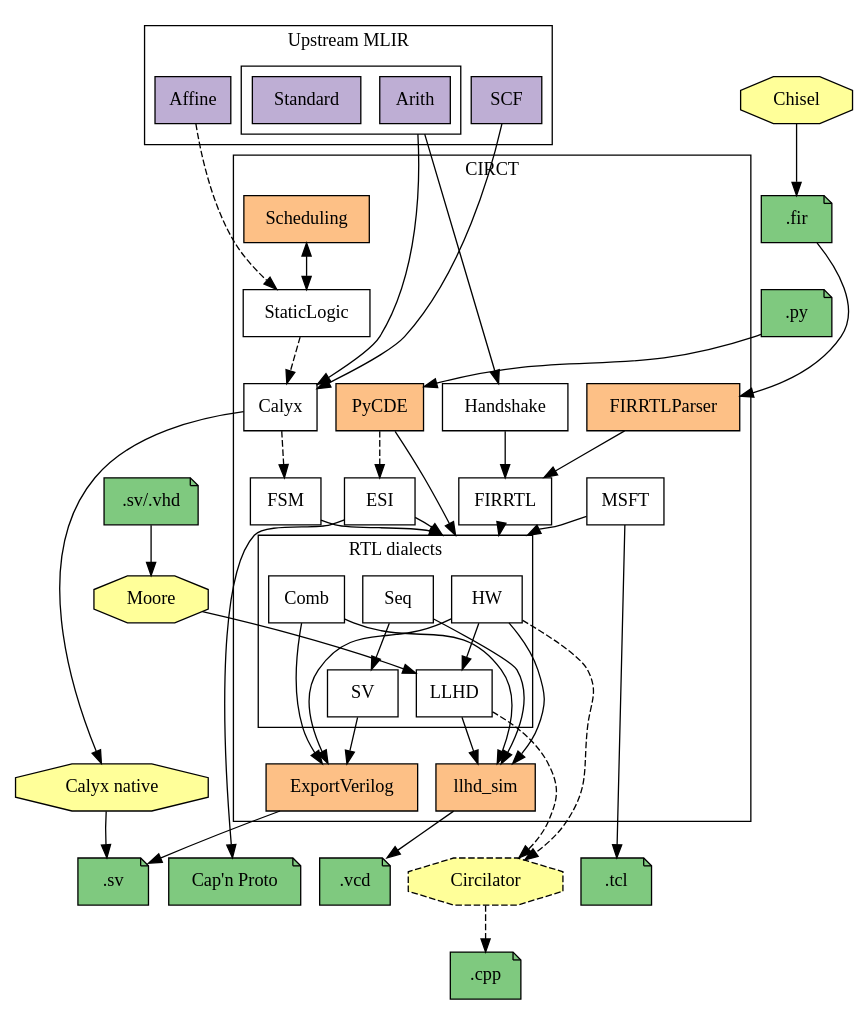
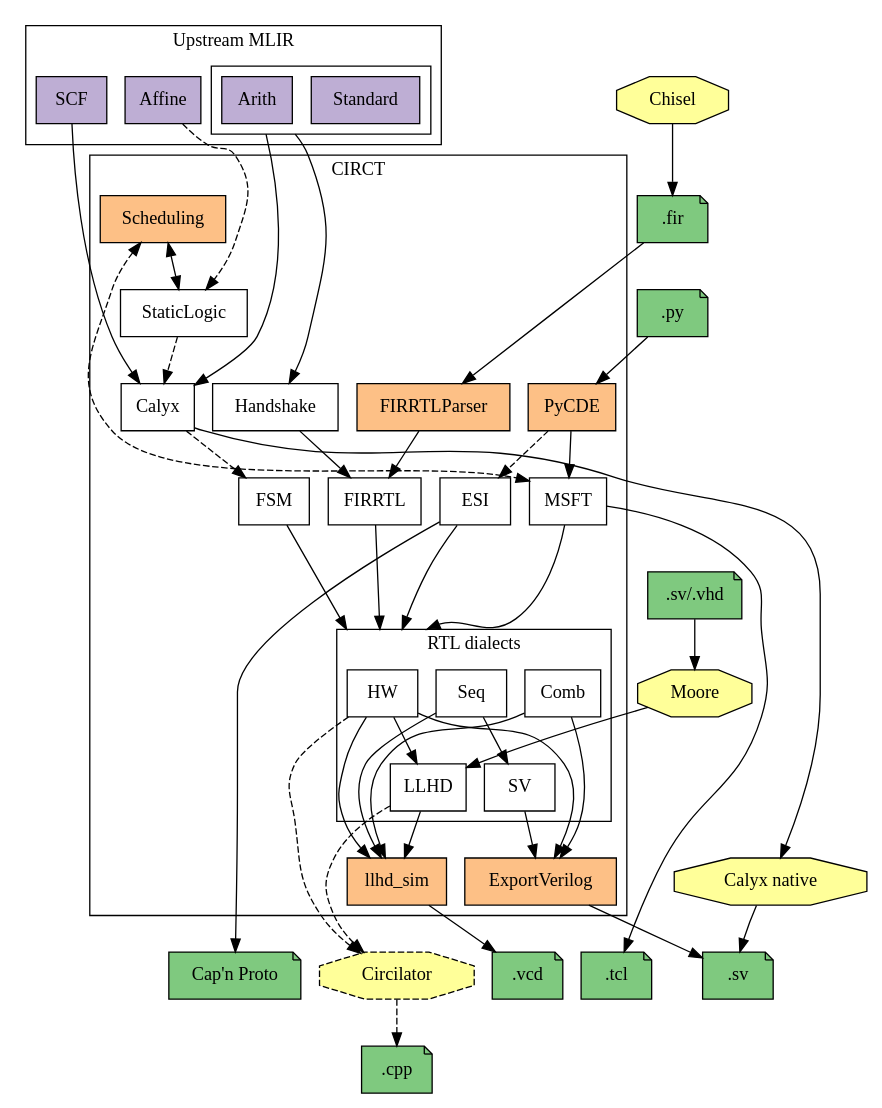
One commit to llvm/circt changed the diagram in docs/dialects.dot. Above: the diagram before and after it, drawn with Graphviz. The commit also changed 2 other files, not shown here.

Commit message:
PyCDE produces MSFT, MSFT will use Scheduling.

```diff
--- a/docs/dialects.dot
+++ b/docs/dialects.dot
@@ -1,118 +1,128 @@
 digraph G {
   // Note: Remember to run the circt/utils/update-docs-dialects.sh script after
   // modifying this file to regenerate the .svg and .png renders of the graph.
   rankdir = TB
   splines=spline
   node [shape=box style=filled fillcolor="white"]
   nodesep=0.2 // horizontal compression
   ranksep=0.5 // vertical compression
   compound=true
 
   // MLIR dialects
   subgraph cluster_mlir {
     label = "Upstream MLIR";
     node [fillcolor="#beaed4"]
     SCF Affine
     subgraph cluster_std_arith_dialect {
       label = ""
       Standard Arith
     }
   }
 
   subgraph cluster_circt {
     label = "CIRCT"
     // CIRCT dialects
     Handshake [URL="https://circt.llvm.org/docs/Dialects/Handshake/"]
     Calyx [URL="https://circt.llvm.org/docs/Dialects/Calyx/"]
     FIRRTL [URL="https://circt.llvm.org/docs/Dialects/FIRRTL/"]
     StaticLogic [URL="https://circt.llvm.org/docs/Dialects/StaticLogic/"]
     MSFT [URL="https://circt.llvm.org/docs/Dialects/MSFT/"]
     ESI [URL="https://circt.llvm.org/docs/Dialects/ESI/"]
     FSM [URL="https://circt.llvm.org/docs/Dialects/FSM/"]
+
+    // Invisible node to make space for RTL cluster's incoming edges
+    space_above_RTL [style = invis, label=""]
 
     subgraph cluster_RTL {
       label = "RTL dialects"
       Seq [URL="https://circt.llvm.org/docs/Dialects/Seq/"]
       HW [URL="https://circt.llvm.org/docs/Dialects/HW/"]
       SV [URL="https://circt.llvm.org/docs/Dialects/SV/"]
       Comb [URL="https://circt.llvm.org/docs/Dialects/Comb/"]
       LLHD [URL="https://circt.llvm.org/docs/Dialects/LLHD/"]
     }
 
     // Internal tools
     subgraph internal_tools{
       node [fillcolor="#fdc086"]
       FIRRTLParser llhd_sim
       ExportVerilog [URL="https://circt.llvm.org/docs/VerilogGeneration/"]
       PyCDE [URL="https://circt.llvm.org/docs/PyCDE/"]
       Scheduling [URL="https://circt.llvm.org/docs/Scheduling/"]
     }
   }
 
   // External tools
   subgraph external_tools {
     node [shape=octagon fillcolor="#ffff99"]
     Moore Chisel
     Calyx_native [label="Calyx native"]
     Circilator [style="dashed,filled"]
   }
 
   // File formats
   subgraph file_formats {
     node [fillcolor="#7fc97f" shape="note"]
     VCDTrace [label=".vcd"]
     CPPFile [label=".cpp"]
     SVFile [label=".sv"]
     CapNProto [label="Cap'n Proto"]
     TCL [label=".tcl"]
     FIRFile [label=".fir"]
     SVVHDL [label=".sv/.vhd"]
     PyFile [label=".py"]
   }
 
   // ===== Connections =====
   // Dialect conversions
   SCF -> Calyx
   Affine -> StaticLogic [style=dashed]
   StaticLogic -> Calyx [style=dashed]
   Arith -> {Handshake Calyx} [ltail=cluster_std_arith_dialect]
 
   Handshake -> FIRRTL
   Calyx -> FSM [style=dashed]
 
   // Things that lower into a subset of the RTL-like dialects. Cluster these
   // together to avoid a massive clutter.
-  {FIRRTL FSM ESI MSFT PyCDE} -> HW [lhead=cluster_RTL]
+  {FIRRTL FSM ESI MSFT} -> HW [lhead=cluster_RTL]
   Seq -> SV
   HW -> LLHD
   Comb -> ExportVerilog
 
   // Tool flows
   Scheduling -> StaticLogic [dir=both]
   Chisel -> FIRFile
   FIRFile -> FIRRTLParser
   FIRRTLParser -> FIRRTL
   {HW SV} -> ExportVerilog
   SVVHDL -> Moore [weight=999]
   Moore -> LLHD
   {LLHD HW} -> Circilator [style=dashed]
   Calyx -> Calyx_native
   {Calyx_native ExportVerilog} -> SVFile
   Circilator -> CPPFile [style=dashed]
   {LLHD Comb HW Seq} -> llhd_sim
   llhd_sim -> VCDTrace
   ESI -> CapNProto
   MSFT -> TCL
   PyFile -> PyCDE
   PyCDE -> ESI [style=dashed]
+  PyCDE -> MSFT
+  Scheduling -> MSFT [dir=both, style=dashed]
 
   // ====== Some fake edges to coerce a good layout ======
   // Note: Modify these if you make changes to the above diagram, and things
   // start looking weird.
-  Standard -> Scheduling [weight=999 style=invis]
+  Affine -> Scheduling [weight=999 style=invis]
   FIRFile -> PyFile [weight=999 style=invis]
+
+  // Leave one rank free above the RTL cluster to improve routing of incoming
+  // edges.
+  {FIRRTL FSM ESI MSFT} -> space_above_RTL [weight=999, style=invis]
+  space_above_RTL -> {Seq HW Comb} [lhead=cluster_RTL, weight=999, style=invis]
 
   // Fix the following sink nodes below the CIRCT cluster
   llhd_sim -> {SVFile Circilator TCL CapNProto} [weight=999 style=invis]
   Calyx_native -> SVFile [weight=999 style=invis]
 }
```
